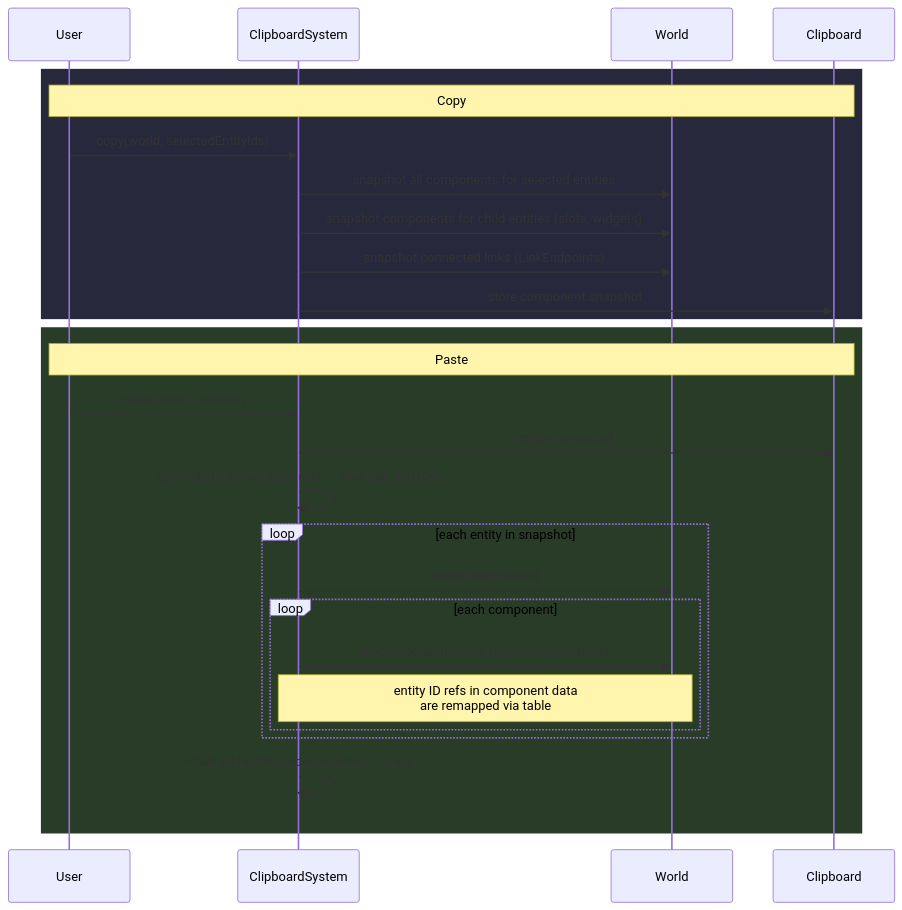
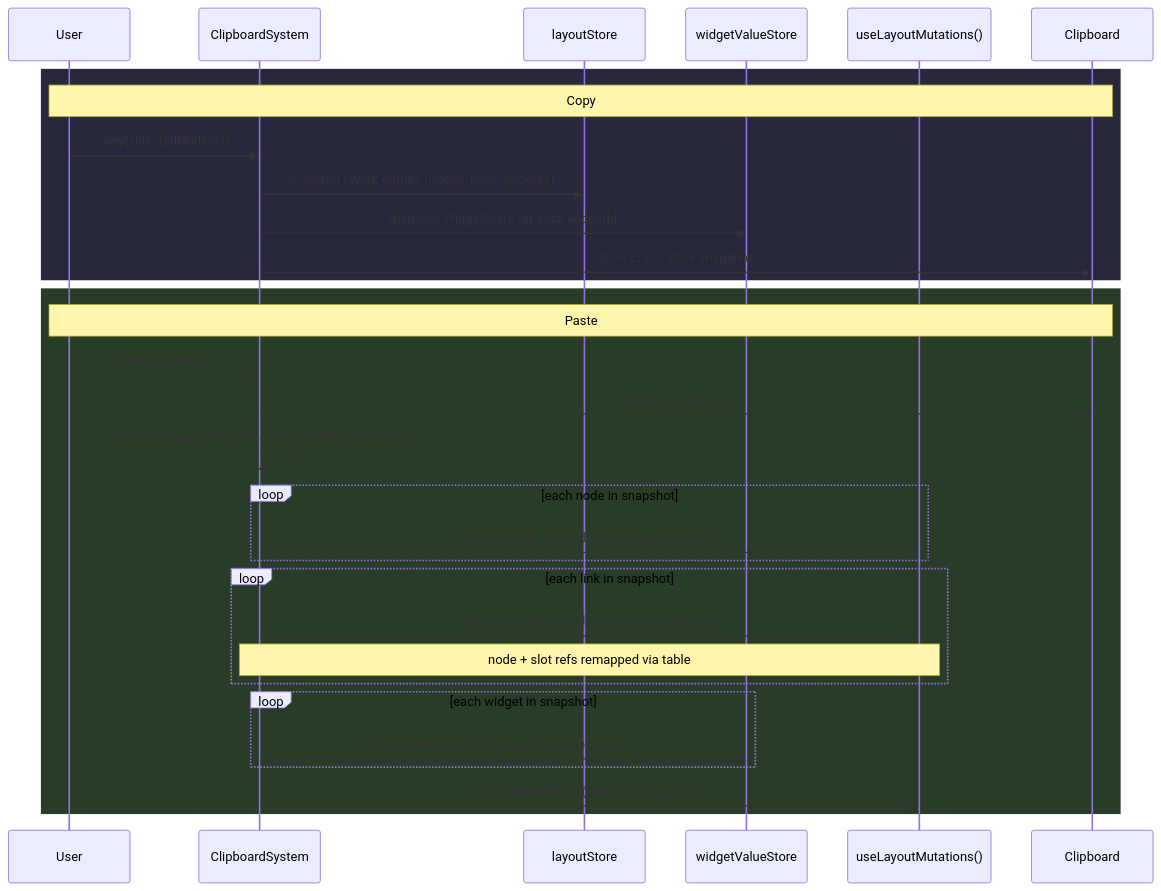
Diagram 14 of 14 in ComfyUI_frontend/docs/architecture/ecs-lifecycle-scenarios.md (mg-org-4/sub-251027), drawn with Mermaid before and after one commit. The commit also changed other lines of this file and 518 other files, not shown here.

````diff
--- a/ComfyUI_frontend/docs/architecture/ecs-lifecycle-scenarios.md
+++ b/ComfyUI_frontend/docs/architecture/ecs-lifecycle-scenarios.md
@@ -687,34 +661,38 @@
 ```mermaid
 sequenceDiagram
     participant User
     participant CS as ClipboardSystem
-    participant W as World
+    participant LS as layoutStore
+    participant WVS as widgetValueStore
+    participant LM as useLayoutMutations()
     participant CB as Clipboard
 
     rect rgb(40, 40, 60)
         Note over User,CB: Copy
-        User->>CS: copy(world, selectedEntityIds)
-        CS->>W: snapshot all components for selected entities
-        CS->>W: snapshot components for child entities (slots, widgets)
-        CS->>W: snapshot connected links (LinkEndpoints)
-        CS->>CB: store component snapshot
+        User->>CS: copy(selectedNodeIds)
+        CS->>LS: snapshot layout entries (nodes, links, reroutes)
+        CS->>WVS: snapshot WidgetState for each widgetId
+        CS->>CB: store cross-store snapshot
     end
 
     rect rgb(40, 60, 40)
         Note over User,CB: Paste
-        User->>CS: paste(world, position)
+        User->>CS: paste(position)
         CS->>CB: retrieve snapshot
 
-        CS->>CS: generate ID remap table (old → new branded IDs)
+        CS->>CS: build ID remap table (old → new nodeId / WidgetId)
 
-        loop each entity in snapshot
-            CS->>W: createEntity(newId)
-            loop each component
-                CS->>W: setComponent(newId, type, remappedData)
-                Note over CS,W: entity ID refs in component data<br/>are remapped via table
-            end
+        loop each node in snapshot
+            CS->>LM: createNode(newNodeId, remapped layout)
+        end
+        loop each link in snapshot
+            CS->>LM: createLink(newLinkId, remapped endpoints)
+            Note over CS,LM: node + slot refs remapped via table
+        end
+        loop each widget in snapshot
+            CS->>WVS: registerWidget(newWidgetId, WidgetState)
         end
 
-        CS->>CS: offset all Position components to cursor
+        CS->>LM: batchMoveNodes(offset all to cursor)
     end
 ```
````
